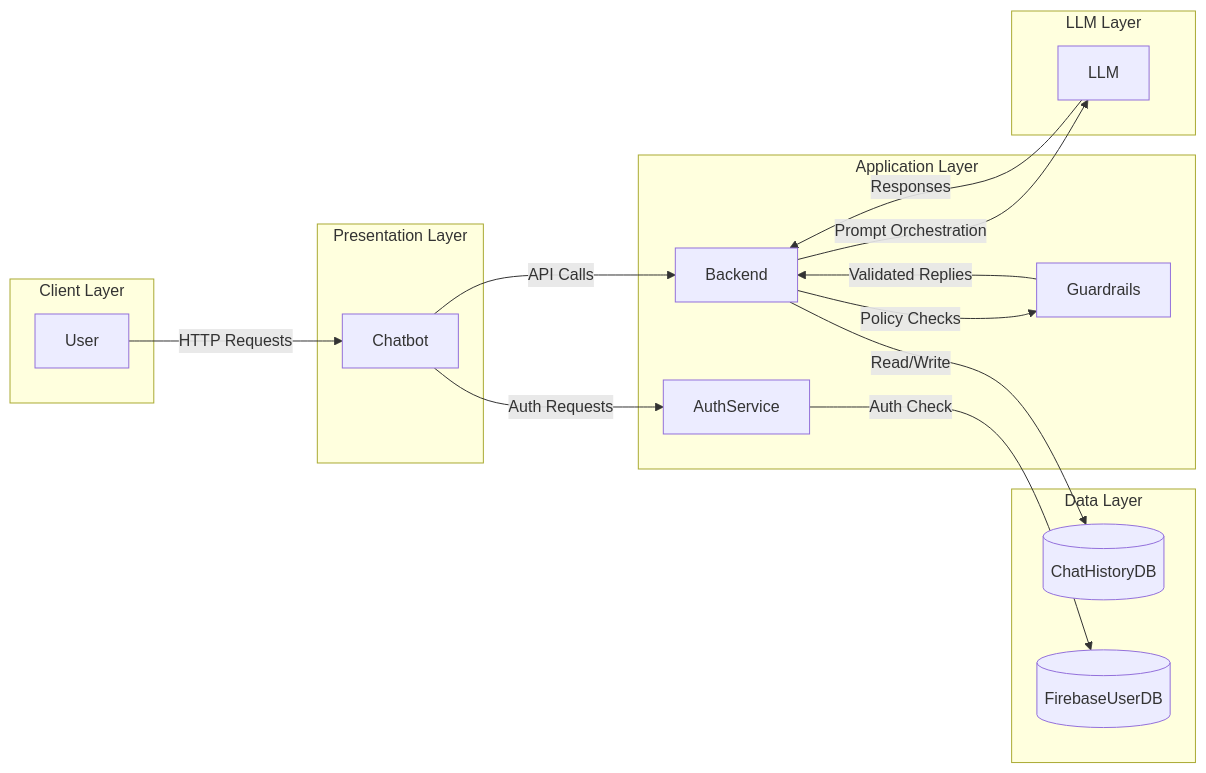
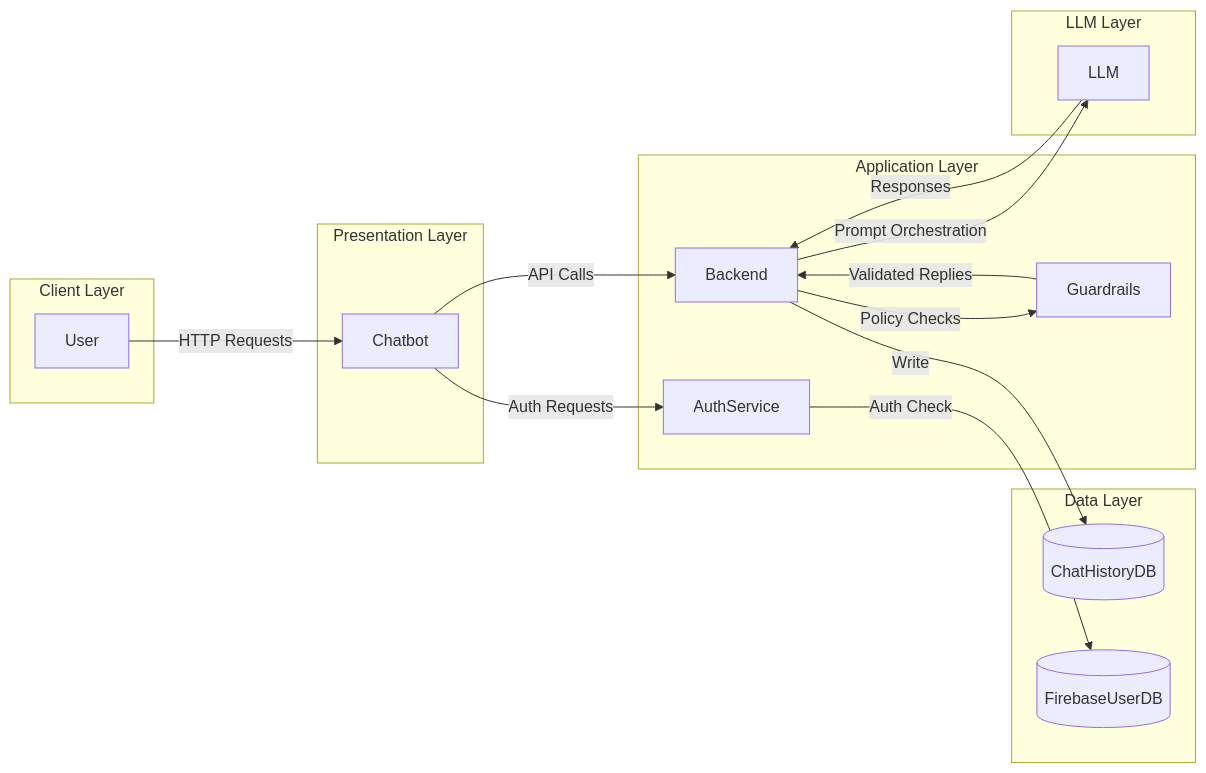
The third of 3 diagrams in diagrams.md (sidgyl-anz/guardrailsfe), drawn with Mermaid before and after one commit.

````diff
--- a/diagrams.md
+++ b/diagrams.md
@@ -47,38 +47,38 @@
 ```mermaid
 flowchart LR
     subgraph Client Layer
         U[User]
     end
 
     subgraph Presentation Layer
         C[Chatbot]
     end
 
     subgraph Data Layer
         D[(ChatHistoryDB)]
         F[(FirebaseUserDB)]
     end
 
     subgraph Application Layer
         B[Backend]
         G[Guardrails]
         A[AuthService]
     end
 
 
     subgraph LLM Layer
         L[LLM]
     end
 
 
 
     U -- HTTP Requests --> C
     C -- API Calls --> B
     C -- Auth Requests --> A
     A -- Auth Check --> F
     B -- Policy Checks --> G
     G -- Validated Replies --> B
     B -- Prompt Orchestration --> L
     L -- Responses --> B
-    B -- Read/Write --> D
+    B -- Write --> D
 ```
````
